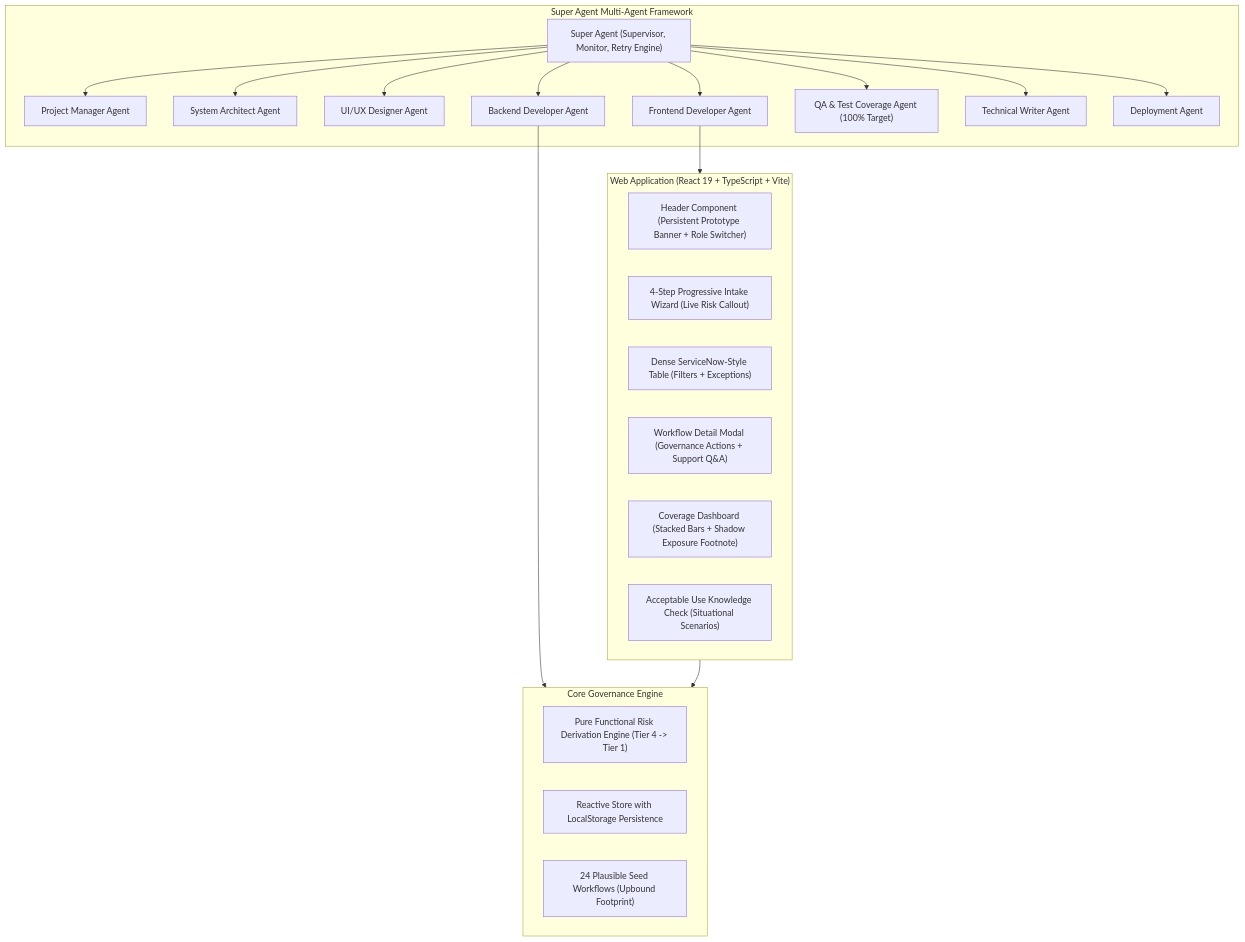
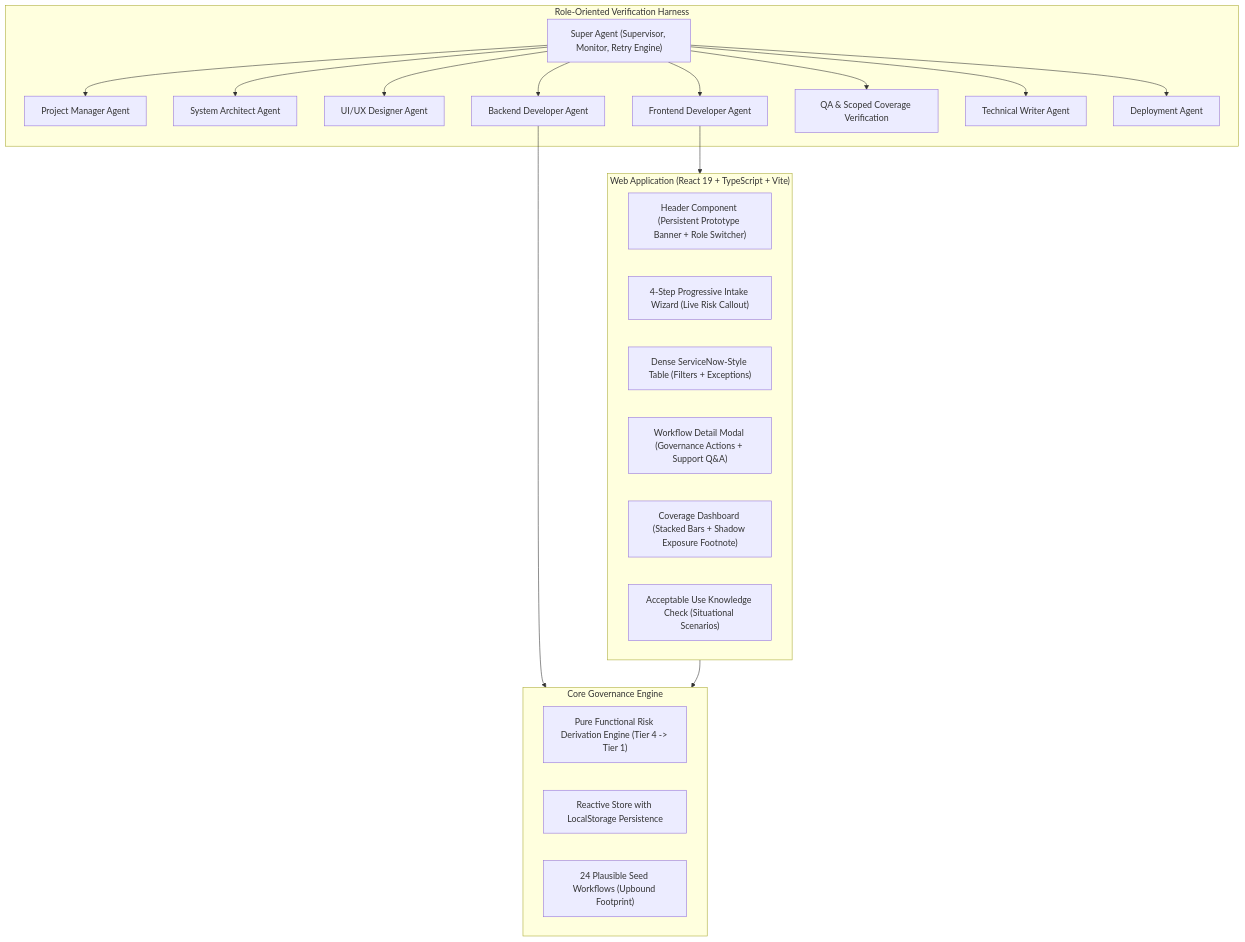
One commit to GeekatplayStudio/clipline changed the diagram in docs/ARCHITECTURE.md. Above: the diagram before and after it, drawn with Mermaid. The commit also changed other lines of this file and 85 other files, not shown here.

Commit message:
feat: complete enterprise AI citizen developer governance platform with 3D web, animated charts, readiness cockpit, and tool safety analysis

````diff
--- a/docs/ARCHITECTURE.md
+++ b/docs/ARCHITECTURE.md
@@ -12,42 +13,42 @@
 ```mermaid
 graph TD
-    subgraph MultiAgentSystem["Super Agent Multi-Agent Framework"]
+    subgraph MultiAgentSystem["Role-Oriented Verification Harness"]
         SuperAgent["Super Agent (Supervisor, Monitor, Retry Engine)"]
         PM["Project Manager Agent"]
         Arch["System Architect Agent"]
         UI["UI/UX Designer Agent"]
         BE["Backend Developer Agent"]
         FE["Frontend Developer Agent"]
-        QA["QA & Test Coverage Agent (100% Target)"]
+        QA["QA & Scoped Coverage Verification"]
         Doc["Technical Writer Agent"]
         Deploy["Deployment Agent"]
 
         SuperAgent --> PM
         SuperAgent --> Arch
         SuperAgent --> UI
         SuperAgent --> BE
         SuperAgent --> FE
         SuperAgent --> QA
         SuperAgent --> Doc
         SuperAgent --> Deploy
     end
 
     subgraph CoreApplication["Web Application (React 19 + TypeScript + Vite)"]
         Header["Header Component (Persistent Prototype Banner + Role Switcher)"]
         IntakeWizard["4-Step Progressive Intake Wizard (Live Risk Callout)"]
         RegistryTable["Dense ServiceNow-Style Table (Filters + Exceptions)"]
         DetailModal["Workflow Detail Modal (Governance Actions + Support Q&A)"]
         ExecutiveDashboard["Coverage Dashboard (Stacked Bars + Shadow Exposure Footnote)"]
         QuizCompanion["Acceptable Use Knowledge Check (Situational Scenarios)"]
     end
 
     subgraph LogicLayer["Core Governance Engine"]
         RiskEngine["Pure Functional Risk Derivation Engine (Tier 4 -> Tier 1)"]
         WorkflowStore["Reactive Store with LocalStorage Persistence"]
         SeedData["24 Plausible Seed Workflows (Upbound Footprint)"]
     end
 
     FE --> CoreApplication
     BE --> LogicLayer
     CoreApplication --> LogicLayer
 ```
````
